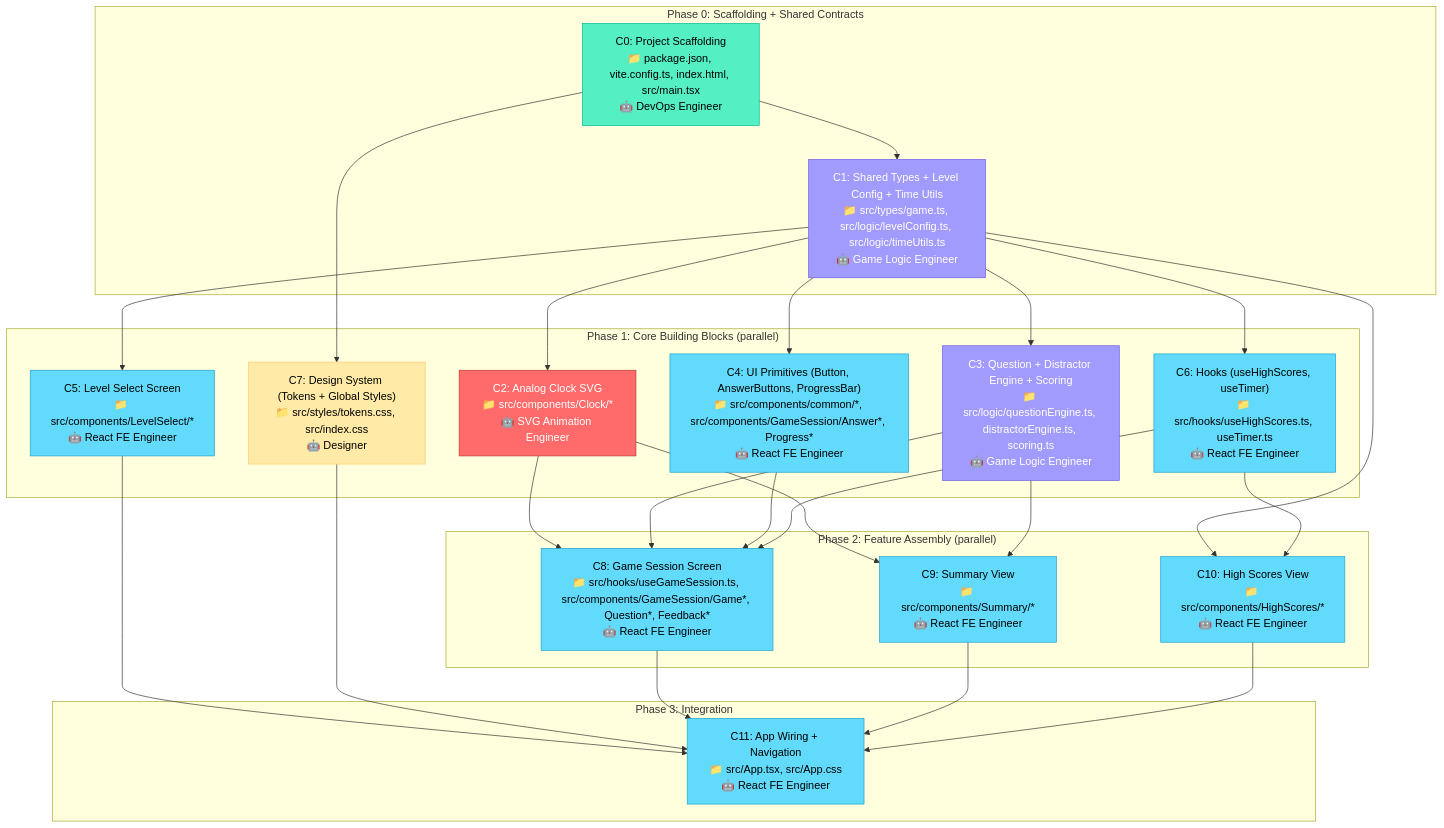
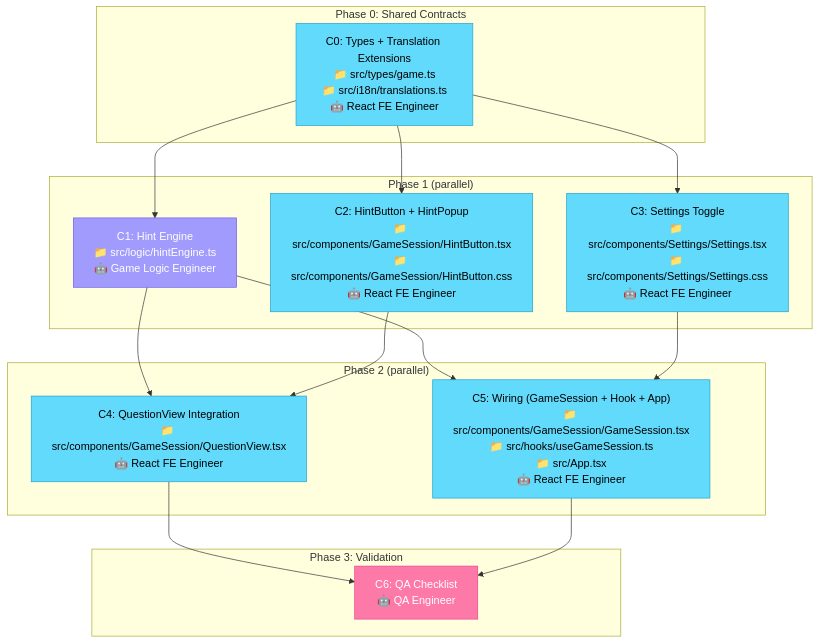
The diagram in .tasks/PLAN_GRAPH.md (mpmisha/TeachWatch), drawn with Mermaid before and after one commit. The commit also changed other lines of this file and 12 other files, not shown here.

````diff
--- a/.tasks/PLAN_GRAPH.md
+++ b/.tasks/PLAN_GRAPH.md
@@ -3,83 +3,39 @@
 ```mermaid
 flowchart TD
-    subgraph "Phase 0: Scaffolding + Shared Contracts"
-        C0["C0: Project Scaffolding
-📁 package.json, vite.config.ts, index.html, src/main.tsx
-🤖 DevOps Engineer"]
-        C1["C1: Shared Types + Level Config + Time Utils
-📁 src/types/game.ts, src/logic/levelConfig.ts, src/logic/timeUtils.ts
-🤖 Game Logic Engineer"]
+    subgraph "Phase 0: Shared Contracts"
+        C0["C0: Types + Translation Extensions\n📁 src/types/game.ts\n📁 src/i18n/translations.ts\n🤖 React FE Engineer"]
     end
 
-    subgraph "Phase 1: Core Building Blocks (parallel)"
-        C2["C2: Analog Clock SVG
-📁 src/components/Clock/*
-🤖 SVG Animation Engineer"]
-        C3["C3: Question + Distractor Engine + Scoring
-📁 src/logic/questionEngine.ts, distractorEngine.ts, scoring.ts
-🤖 Game Logic Engineer"]
-        C4["C4: UI Primitives (Button, AnswerButtons, ProgressBar)
-📁 src/components/common/*, src/components/GameSession/Answer*, Progress*
-🤖 React FE Engineer"]
-        C5["C5: Level Select Screen
-📁 src/components/LevelSelect/*
-🤖 React FE Engineer"]
-        C6["C6: Hooks (useHighScores, useTimer)
-📁 src/hooks/useHighScores.ts, useTimer.ts
-🤖 React FE Engineer"]
-        C7["C7: Design System (Tokens + Global Styles)
-📁 src/styles/tokens.css, src/index.css
-🤖 Designer"]
+    subgraph "Phase 1 (parallel)"
+        C1["C1: Hint Engine\n📁 src/logic/hintEngine.ts\n🤖 Game Logic Engineer"]
+        C2["C2: HintButton + HintPopup\n📁 src/components/GameSession/HintButton.tsx\n📁 src/components/GameSession/HintButton.css\n🤖 React FE Engineer"]
+        C3["C3: Settings Toggle\n📁 src/components/Settings/Settings.tsx\n📁 src/components/Settings/Settings.css\n🤖 React FE Engineer"]
     end
 
-    subgraph "Phase 2: Feature Assembly (parallel)"
-        C8["C8: Game Session Screen
-📁 src/hooks/useGameSession.ts, src/components/GameSession/Game*, Question*, Feedback*
-🤖 React FE Engineer"]
-        C9["C9: Summary View
-📁 src/components/Summary/*
-🤖 React FE Engineer"]
-        C10["C10: High Scores View
-📁 src/components/HighScores/*
-🤖 React FE Engineer"]
+    subgraph "Phase 2 (parallel)"
+        C4["C4: QuestionView Integration\n📁 src/components/GameSession/QuestionView.tsx\n🤖 React FE Engineer"]
+        C5["C5: Wiring (GameSession + Hook + App)\n📁 src/components/GameSession/GameSession.tsx\n📁 src/hooks/useGameSession.ts\n📁 src/App.tsx\n🤖 React FE Engineer"]
     end
 
-    subgraph "Phase 3: Integration"
-        C11["C11: App Wiring + Navigation
-📁 src/App.tsx, src/App.css
-🤖 React FE Engineer"]
+    subgraph "Phase 3: Validation"
+        C6["C6: QA Checklist\n🤖 QA Engineer"]
     end
 
     C0 --> C1
-    C1 --> C2
-    C1 --> C3
+    C0 --> C2
+    C0 --> C3
     C1 --> C4
+    C2 --> C4
     C1 --> C5
-    C1 --> C6
-    C0 --> C7
-    C2 --> C8
-    C3 --> C8
-    C4 --> C8
-    C6 --> C8
-    C2 --> C9
-    C3 --> C9
-    C1 --> C10
-    C6 --> C10
-    C5 --> C11
-    C7 --> C11
-    C8 --> C11
-    C9 --> C11
-    C10 --> C11
+    C3 --> C5
+    C4 --> C6
+    C5 --> C6
 
-    classDef devops fill:#55efc4,color:#000,stroke:#00b894
     classDef reactfe fill:#61dafb,color:#000,stroke:#21a1cb
-    classDef svgeng fill:#ff6b6b,color:#fff,stroke:#c0392b
     classDef gamelogic fill:#a29bfe,color:#fff,stroke:#6c5ce7
-    classDef designer fill:#ffeaa7,color:#000,stroke:#fdcb6e
+    classDef qa fill:#fd79a8,color:#fff,stroke:#e84393
 
-    class C0 devops
-    class C1,C3 gamelogic
-    class C2 svgeng
-    class C4,C5,C6,C8,C9,C10,C11 reactfe
-    class C7 designer
+    class C0,C2,C3,C4,C5 reactfe
+    class C1 gamelogic
+    class C6 qa
 ```
````
